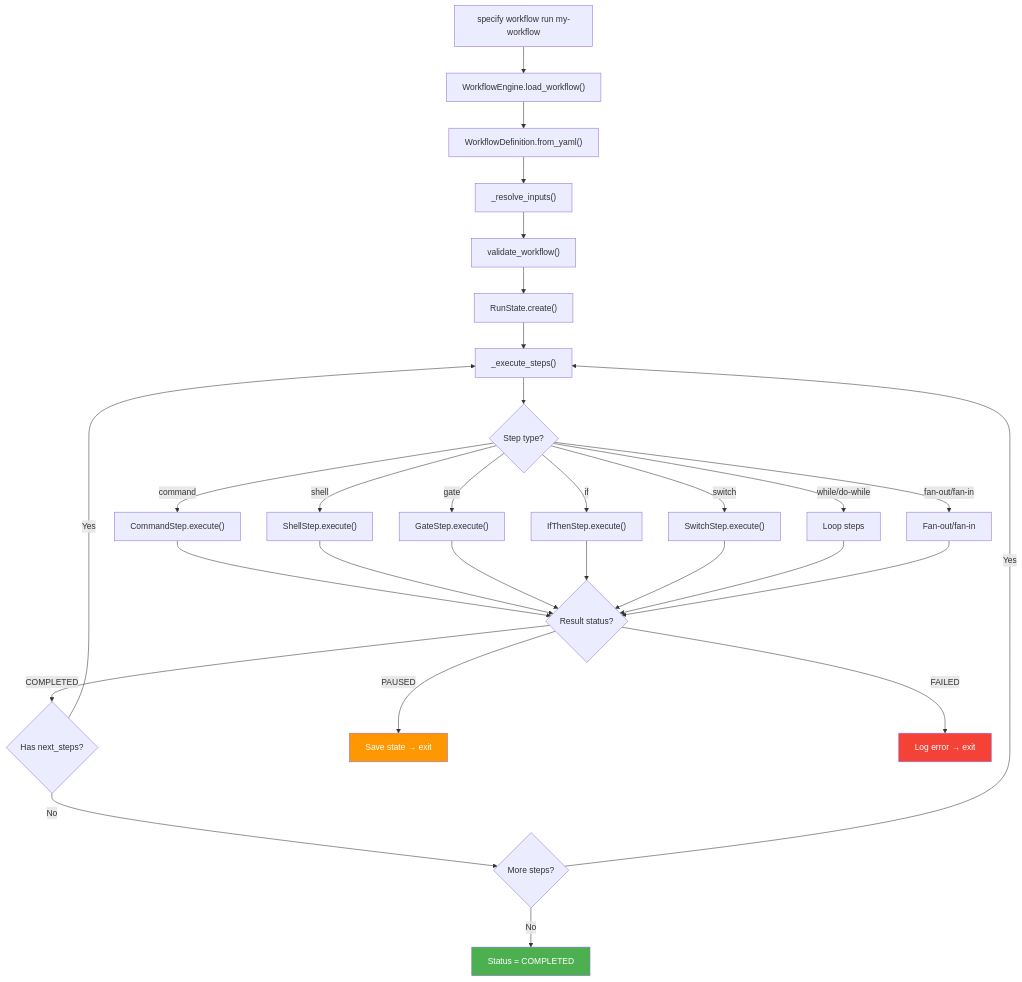
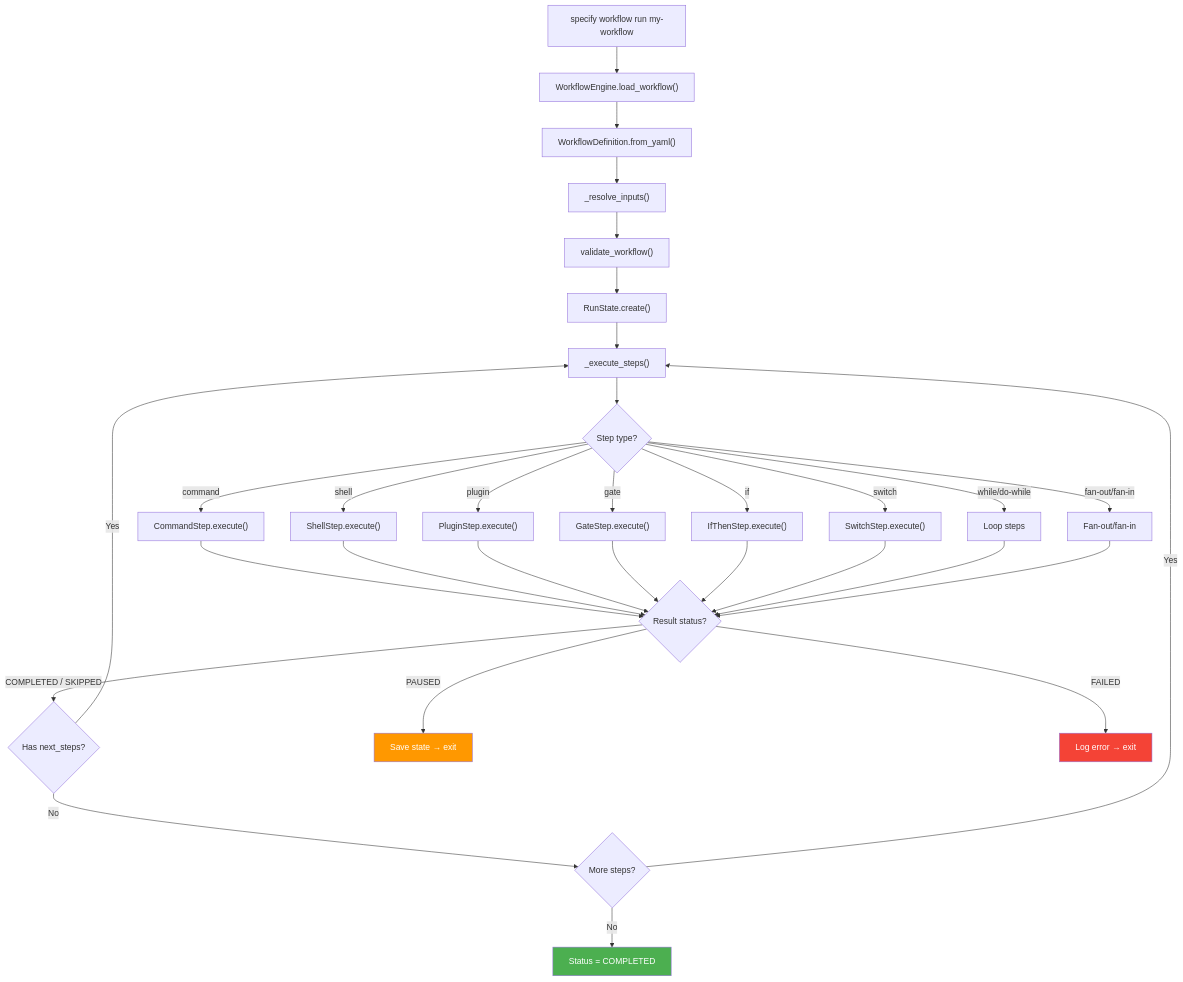
One commit to github/spec-kit changed the first of 3 diagrams in workflows/ARCHITECTURE.md. Above: the diagram before and after it, drawn with Mermaid. The commit also changed other lines of this file and 9 other files, not shown here.

````diff
--- a/workflows/ARCHITECTURE.md
+++ b/workflows/ARCHITECTURE.md
@@ -11,36 +11,38 @@
 ```mermaid
 flowchart TD
     A["specify workflow run my-workflow"] --> B["WorkflowEngine.load_workflow()"]
     B --> C["WorkflowDefinition.from_yaml()"]
     C --> D["_resolve_inputs()"]
     D --> E["validate_workflow()"]
     E --> F["RunState.create()"]
     F --> G["_execute_steps()"]
     G --> H{Step type?}
     H -- command --> I["CommandStep.execute()"]
     H -- shell --> J["ShellStep.execute()"]
+    H -- plugin --> V["PluginStep.execute()"]
     H -- gate --> K["GateStep.execute()"]
     H -- "if" --> L["IfThenStep.execute()"]
     H -- switch --> M["SwitchStep.execute()"]
     H -- "while/do-while" --> N["Loop steps"]
     H -- "fan-out/fan-in" --> O["Fan-out/fan-in"]
 
     I --> P{Result status?}
     J --> P
+    V --> P
     K --> P
     L --> P
     M --> P
     N --> P
     O --> P
-    P -- COMPLETED --> Q{Has next_steps?}
+    P -- "COMPLETED / SKIPPED" --> Q{Has next_steps?}
     P -- PAUSED --> R["Save state → exit"]
     P -- FAILED --> S["Log error → exit"]
     Q -- Yes --> G
     Q -- No --> T{More steps?}
     T -- Yes --> G
     T -- No --> U["Status = COMPLETED"]
 
     style R fill:#ff9800,color:#fff
     style S fill:#f44336,color:#fff
     style U fill:#4caf50,color:#fff
 ```
````
